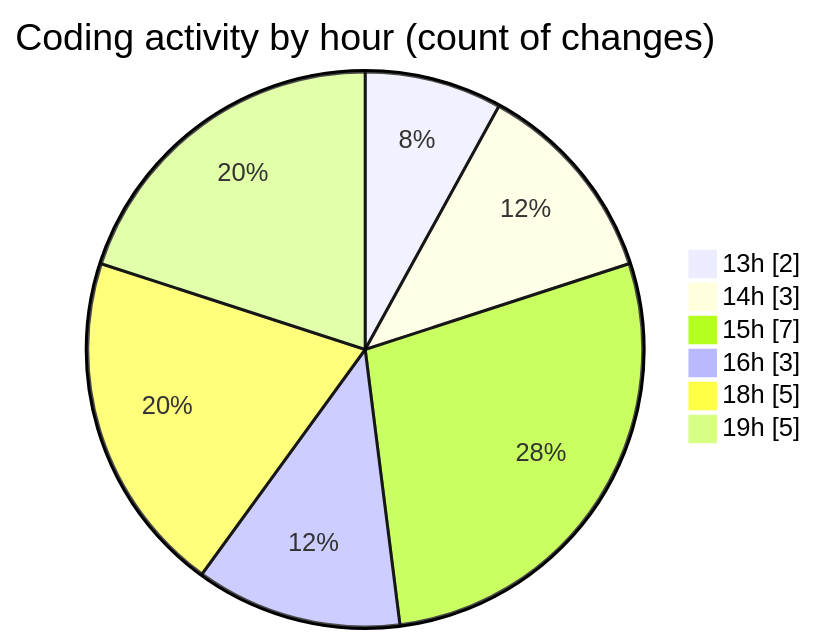
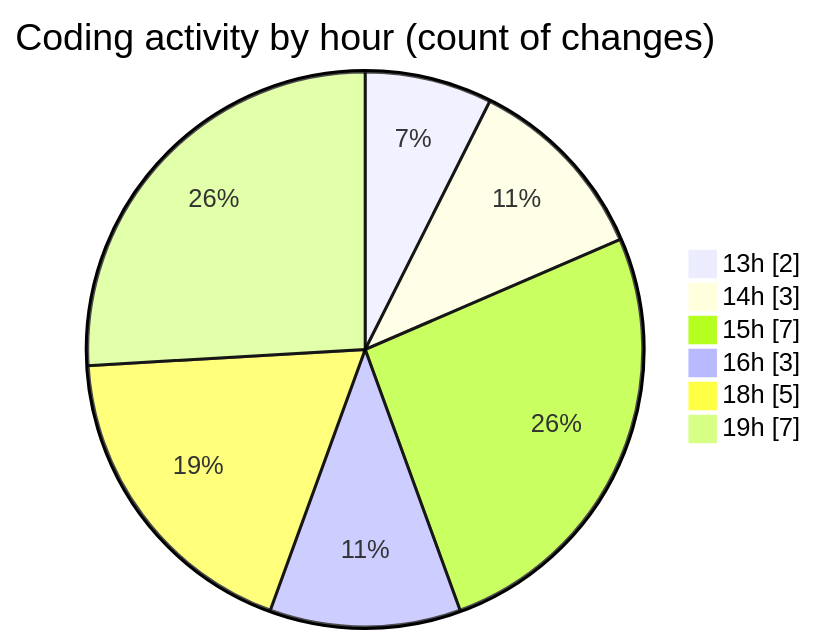
The second of 2 diagrams in 2025-11-14/cdp_aleoudev_fr__workspace_/README.md (julien-gomy/code-tracking), drawn with Mermaid before and after one commit. The commit also changed other lines of this file and 1 other file, not shown here.

````diff
--- a/2025-11-14/cdp_aleoudev_fr__workspace_/README.md
+++ b/2025-11-14/cdp_aleoudev_fr__workspace_/README.md
@@ -39,10 +40,10 @@
 ```mermaid
 pie showData
 title Coding activity by hour (count of changes)
 "13h" : 2
 "14h" : 3
 "15h" : 7
 "16h" : 3
 "18h" : 5
-"19h" : 5
+"19h" : 7
 ```
````
